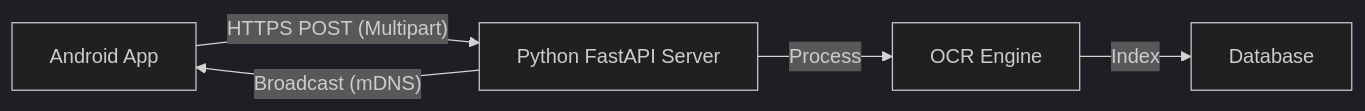
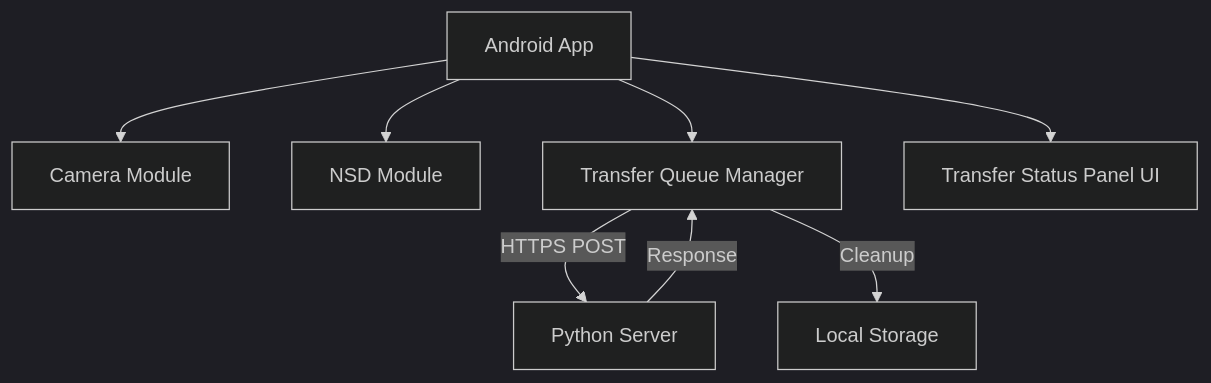
The diagram in docs/ARCHITECTURE.md (iseohyun/CamSender), drawn with Mermaid (dark theme) before and after one commit. The commit also changed other lines of this file and 12 other files, not shown here.

Commit message:
Complete Milestone 4: Secure HTTPS Transfer and Queue Management System

````diff
--- a/docs/ARCHITECTURE.md
+++ b/docs/ARCHITECTURE.md
@@ -4,7 +4,10 @@
 ```mermaid
-graph LR
-    A[Android App] -- HTTPS POST (Multipart) --> B[Python FastAPI Server]
-    B -- Process --> C[OCR Engine]
-    C -- Index --> D[Database]
-    B -- Broadcast (mDNS) --> A
+graph TD
+    A[Android App] --> B[Camera Module]
+    A --> C[NSD Module]
+    A --> D[Transfer Queue Manager]
+    D -- HTTPS POST --> E[Python Server]
+    E -- Response --> D
+    D -- Cleanup --> F[Local Storage]
+    A --> G[Transfer Status Panel UI]
 ```
````
